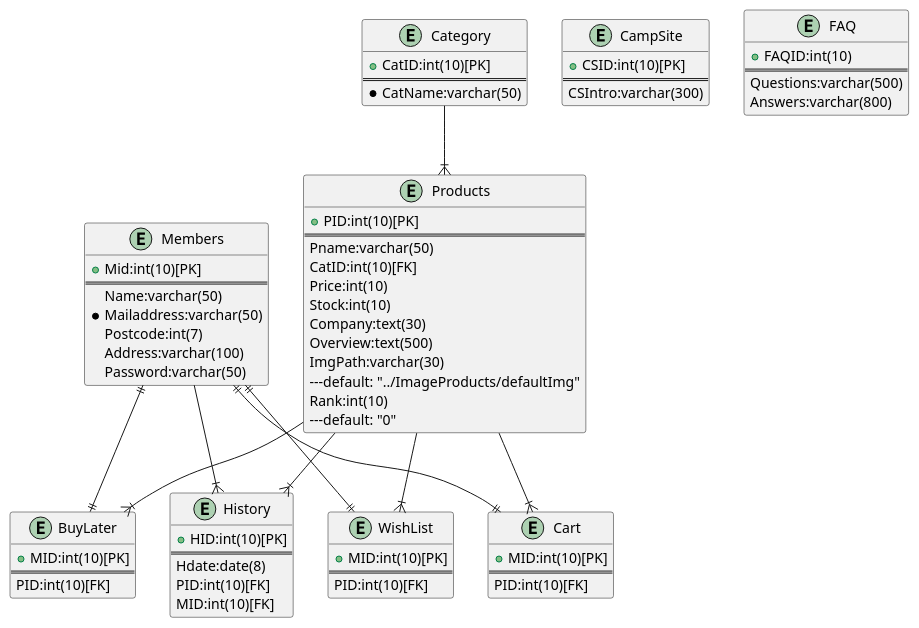
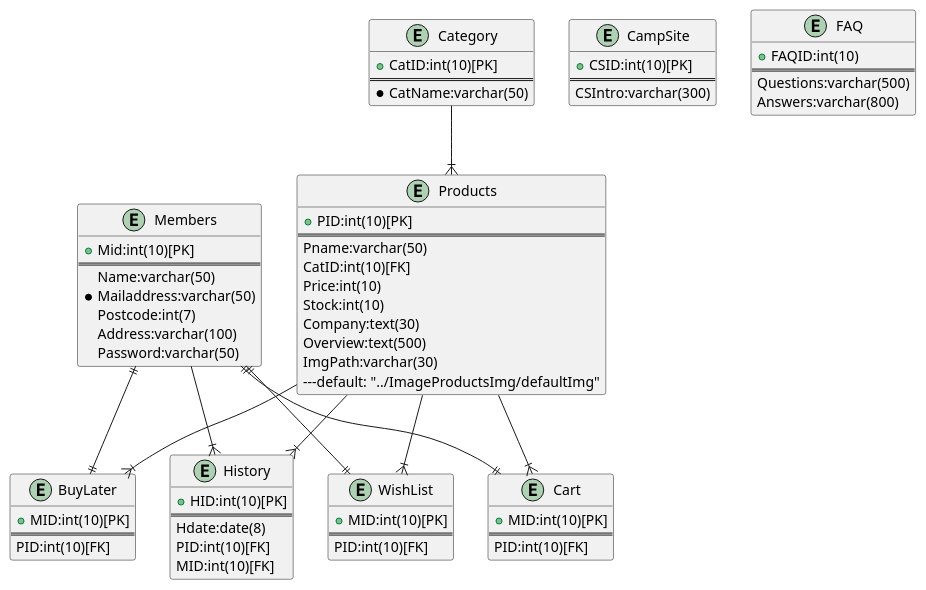
One commit to Aso2001217/Asozon changed the diagram in ER.md. Above: the diagram before and after it, drawn with PlantUML.

```diff
--- a/ER.md
+++ b/ER.md
@@ -20,9 +20,7 @@
 Company:text(30)
 Overview:text(500)
 ImgPath:varchar(30)
----default: "../ImageProducts/defaultImg"
-Rank:int(10)
----default: "0"
+---default: "../ImageProductsImg/defaultImg"
 }
 
 entity "WishList"{
```
